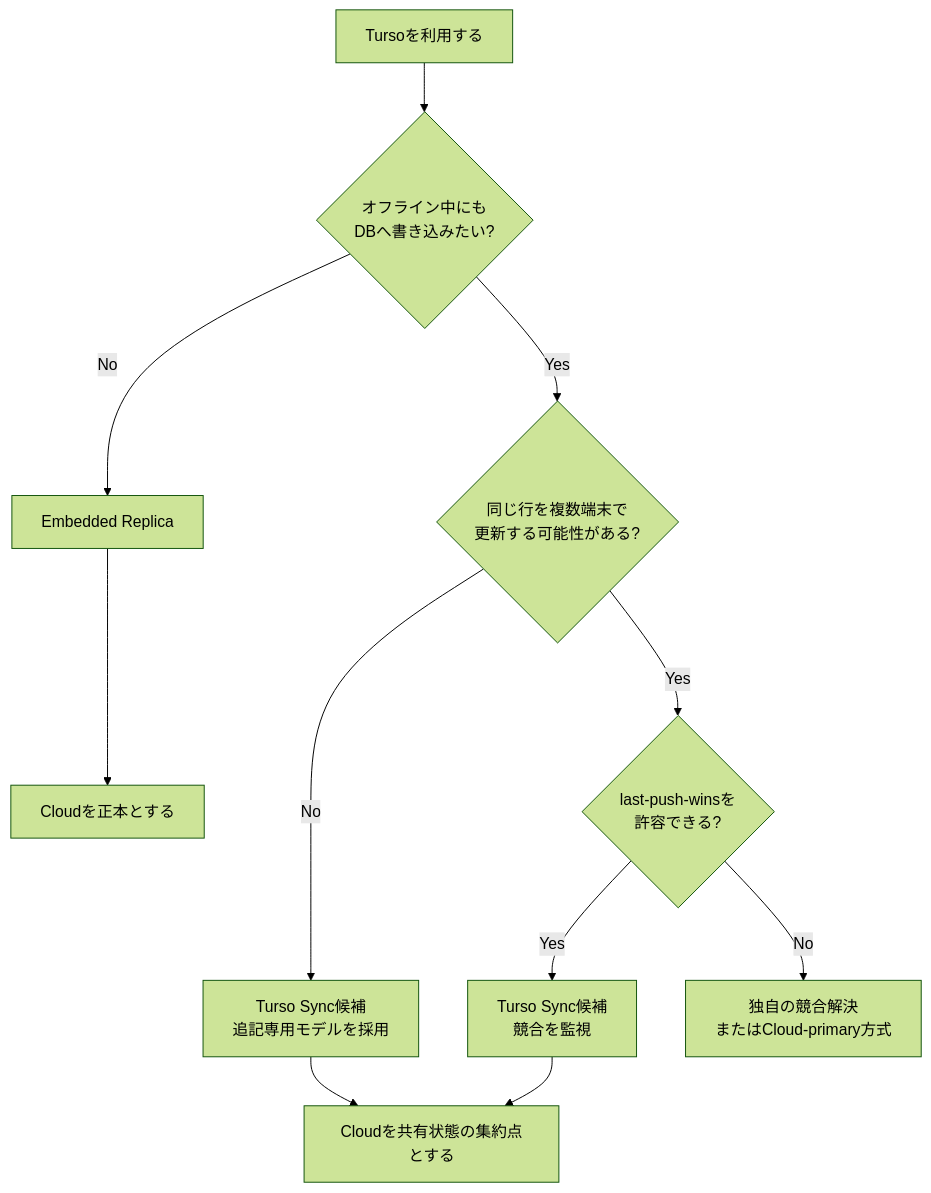
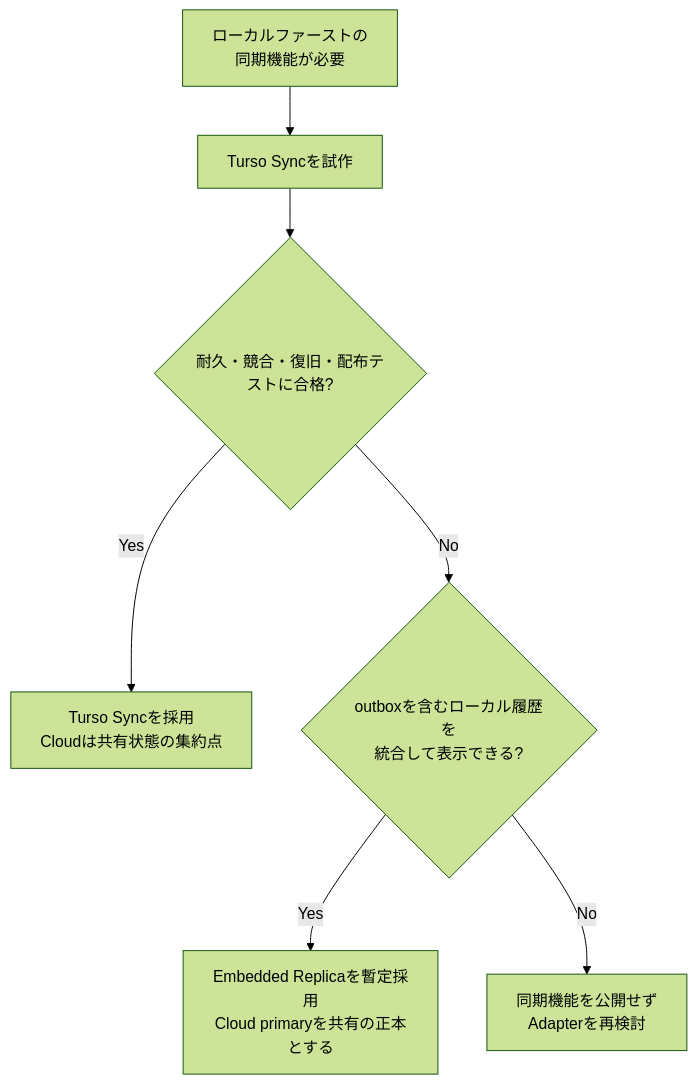
One commit to mgmaru/algo-loom changed diagram 17 of 17 in database/turso-design-guide.md. Above: the diagram before and after it, drawn with Mermaid (forest theme). The commit also changed other lines of this file, not shown here.

Commit message:
docs: prefer Turso Sync for local-first storage

````diff
--- a/database/turso-design-guide.md
+++ b/database/turso-design-guide.md
@@ -795,14 +787,9 @@
 ```mermaid
 flowchart TD
-    A[Tursoを利用する] --> B{オフライン中にも<br/>DBへ書き込みたい?}
-    B -->|No| C[Embedded Replica]
-    B -->|Yes| D{同じ行を複数端末で<br/>更新する可能性がある?}
-    D -->|No| E[Turso Sync候補<br/>追記専用モデルを採用]
-    D -->|Yes| F{last-push-winsを<br/>許容できる?}
-    F -->|Yes| G[Turso Sync候補<br/>競合を監視]
-    F -->|No| H[独自の競合解決<br/>またはCloud-primary方式]
-
-    C --> I[Cloudを正本とする]
-    E --> J[Cloudを共有状態の集約点とする]
-    G --> J
+    A[ローカルファーストの<br/>同期機能が必要] --> B[Turso Syncを試作]
+    B --> C{耐久・競合・復旧・配布テストに合格?}
+    C -->|Yes| D[Turso Syncを採用<br/>Cloudは共有状態の集約点]
+    C -->|No| E{outboxを含むローカル履歴を<br/>統合して表示できる?}
+    E -->|Yes| F[Embedded Replicaを暫定採用<br/>Cloud primaryを共有の正本とする]
+    E -->|No| G[同期機能を公開せず<br/>Adapterを再検討]
 ```
````
